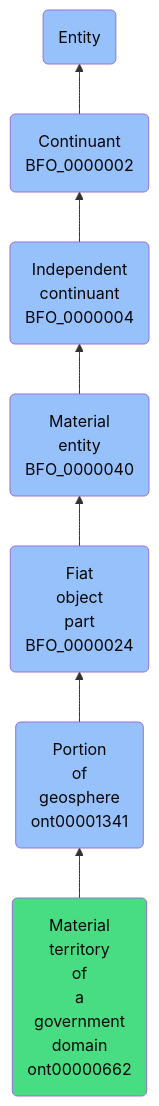
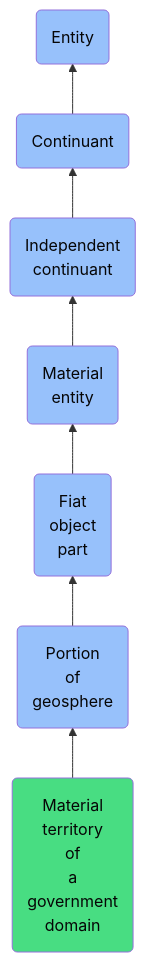
The diagram in docs/ontology/reference/model/Entity/Continuant/Independent continuant/Material entity/Fiat object part/Portion of geosphere/Material territory of a government domain/Material territory of a government domain.md (jupyter-naas/abi), drawn with Mermaid before and after one commit. The commit also changed other lines of this file and 1430 other files, not shown here.

````diff
--- a/docs/ontology/reference/model/Entity/Continuant/Independent continuant/Material entity/Fiat object part/Portion of geosphere/Material territory of a government domain/Material territory of a government domain.md
+++ b/docs/ontology/reference/model/Entity/Continuant/Independent continuant/Material entity/Fiat object part/Portion of geosphere/Material territory of a government domain/Material territory of a government domain.md
@@ -24,14 +24,14 @@
 ```mermaid
 graph BT
-    ont00000662(Material<br>territory<br>of<br>a<br>government<br>domain<br>ont00000662):::ABI-->ont00001341
-    ont00001341(Portion<br>of<br>geosphere<br>ont00001341):::BFO-->BFO_0000024
-    BFO_0000024(Fiat<br>object<br>part<br>BFO_0000024):::BFO-->BFO_0000040
-    BFO_0000040(Material<br>entity<br>BFO_0000040):::BFO-->BFO_0000004
-    BFO_0000004(Independent<br>continuant<br>BFO_0000004):::BFO-->BFO_0000002
-    BFO_0000002(Continuant<br>BFO_0000002):::BFO-->BFO_0000001
+    ont00000662(Material<br>territory<br>of<br>a<br>government<br>domain):::ABI-->ont00001341
+    ont00001341(Portion<br>of<br>geosphere):::BFO-->BFO_0000024
+    BFO_0000024(Fiat<br>object<br>part):::BFO-->BFO_0000040
+    BFO_0000040(Material<br>entity):::BFO-->BFO_0000004
+    BFO_0000004(Independent<br>continuant):::BFO-->BFO_0000002
+    BFO_0000002(Continuant):::BFO-->BFO_0000001
     BFO_0000001(Entity):::BFO
     
     classDef BFO fill:#97c1fb,color:#060606
     classDef CCO fill:#e4c51e,color:#060606
     classDef ABI fill:#48DD82,color:#060606
 ```
````
